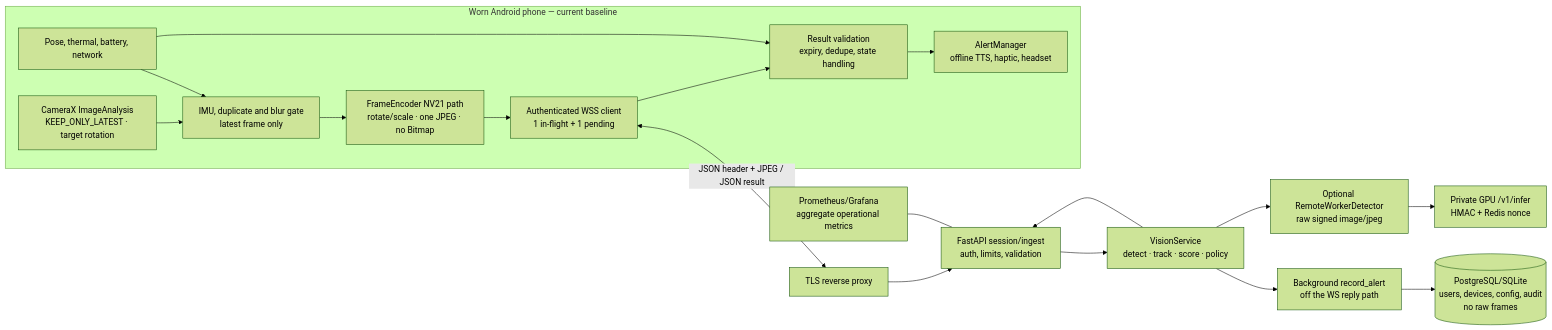
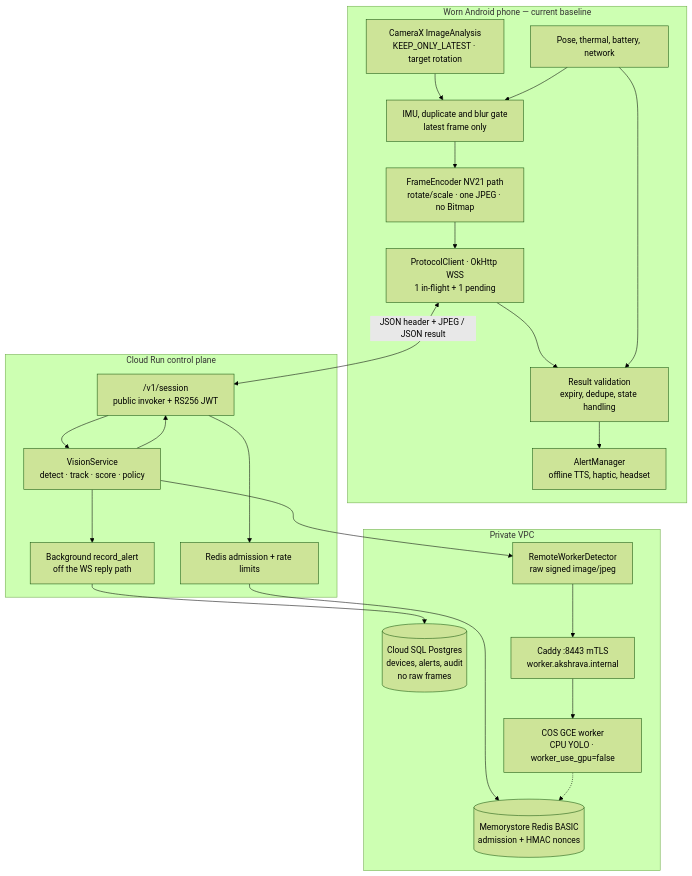
The first of 2 diagrams in Important Architecture.md (kethanva/akshrava), drawn with Mermaid (forest theme) before and after one commit. The commit also changed other lines of this file and 3 other files, not shown here.

First line of the commit message:
docs: align architecture diagrams with live GCP pilot

````diff
--- a/Important Architecture.md
+++ b/Important Architecture.md
@@ -27,21 +36,37 @@
 ```mermaid
-flowchart LR
+flowchart TB
   subgraph Phone["Worn Android phone — current baseline"]
     Camera["CameraX ImageAnalysis\nKEEP_ONLY_LATEST · target rotation"] --> Gate["IMU, duplicate and blur gate\nlatest frame only"]
     Gate --> Encode["FrameEncoder NV21 path\nrotate/scale · one JPEG · no Bitmap"]
-    Encode --> Socket["Authenticated WSS client\n1 in-flight + 1 pending"]
+    Encode --> Socket["ProtocolClient · OkHttp WSS\n1 in-flight + 1 pending"]
     Result["Result validation\nexpiry, dedupe, state handling"] --> Alert["AlertManager\noffline TTS, haptic, headset"]
     Socket --> Result
     Sensors["Pose, thermal, battery, network"] --> Gate
     Sensors --> Result
   end
-  Socket <-->|"JSON header + JPEG / JSON result"| Edge["TLS reverse proxy"]
-  Edge --> Session["FastAPI session/ingest\nauth, limits, validation"]
-  Session --> Vision["VisionService\ndetect · track · score · policy"]
-  Vision --> Remote["Optional RemoteWorkerDetector\nraw signed image/jpeg"]
-  Remote --> GPU["Private GPU /v1/infer\nHMAC + Redis nonce"]
-  Vision --> Persist["Background record_alert\noff the WS reply path"]
-  Persist --> Store[("PostgreSQL/SQLite\nusers, devices, config, audit\nno raw frames")]
+
+  subgraph CR["Cloud Run control plane"]
+    Session["/v1/session\npublic invoker + RS256 JWT"]
+    Admit["Redis admission + rate limits"]
+    Vision["VisionService\ndetect · track · score · policy"]
+    Persist["Background record_alert\noff the WS reply path"]
+    Session --> Admit
+    Session --> Vision --> Persist
+  end
+
+  subgraph VPC["Private VPC"]
+    Redis[("Memorystore Redis BASIC\nadmission + HMAC nonces")]
+    Store[("Cloud SQL Postgres\ndevices, alerts, audit\nno raw frames")]
+    Remote["RemoteWorkerDetector\nraw signed image/jpeg"]
+    Caddy["Caddy :8443 mTLS\nworker.akshrava.internal"]
+    Worker["COS GCE worker\nCPU YOLO · worker_use_gpu=false"]
+    Caddy --> Worker
+  end
+
+  Socket <-->|"JSON header + JPEG / JSON result"| Session
+  Admit --> Redis
+  Persist --> Store
+  Vision --> Remote --> Caddy
+  Worker -.-> Redis
   Vision --> Session
-  Metrics["Prometheus/Grafana\naggregate operational metrics"] --- Session
 ```
````
